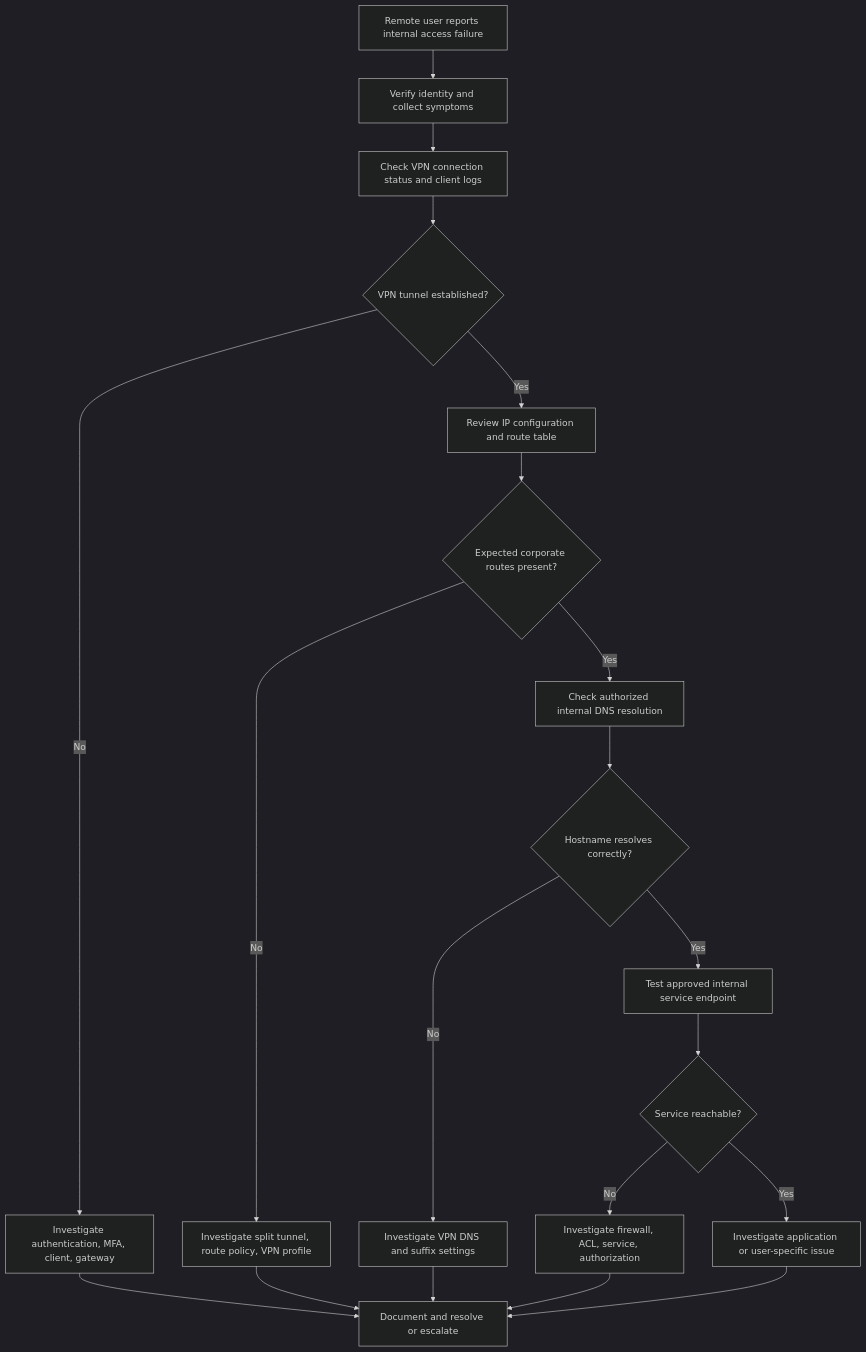
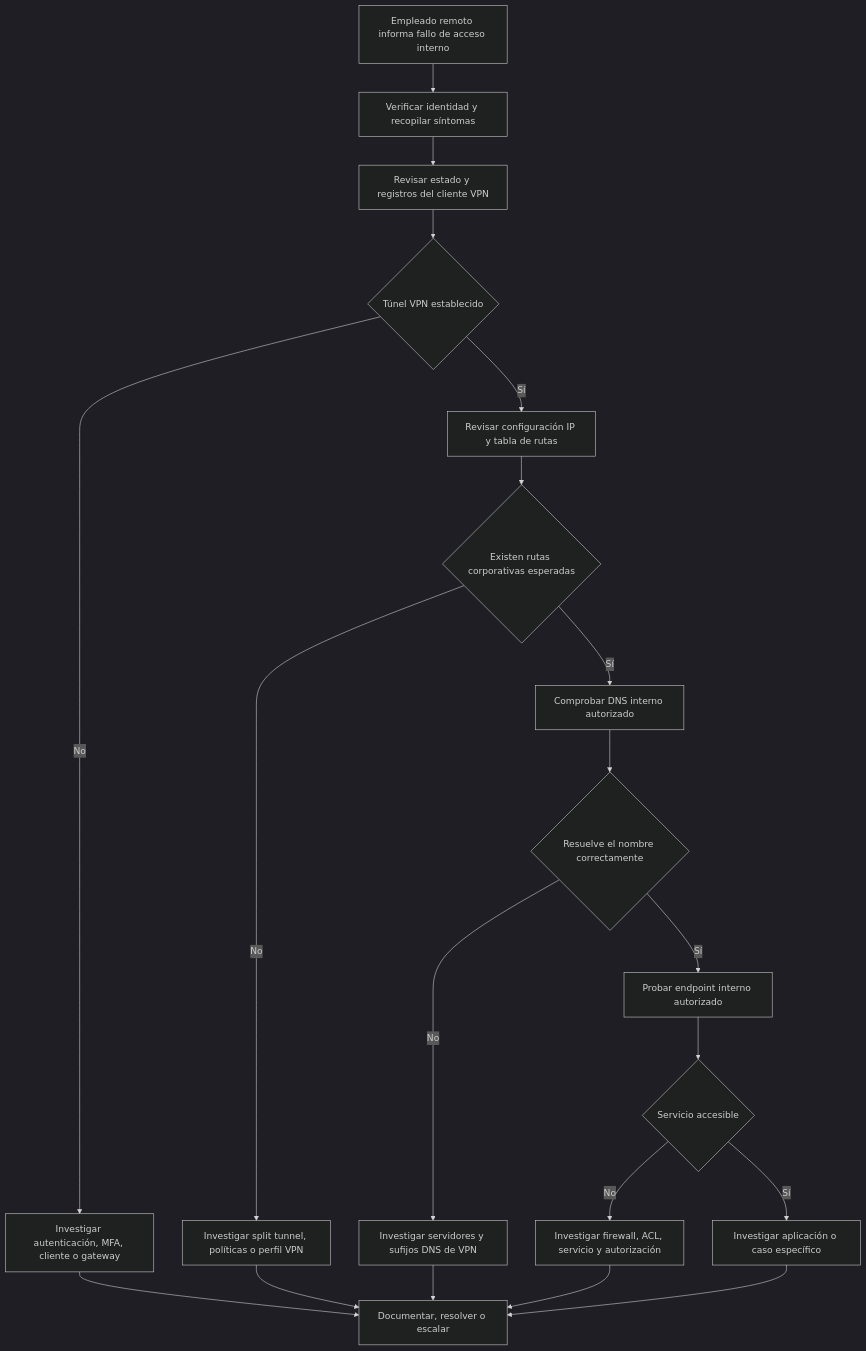
One commit to fefemora/it-portfolio-es changed the diagram in IT-Support/Service-Desk-Incident-Management/incidents/INC-004-VPN-Connectivity.md. Above: the diagram before and after it, drawn with Mermaid (dark theme). The commit also changed other lines of this file, not shown here.

Commit message:
docs(es): translate VPN connectivity simulated case and Mermaid workflow

````diff
--- a/IT-Support/Service-Desk-Incident-Management/incidents/INC-004-VPN-Connectivity.md
+++ b/IT-Support/Service-Desk-Incident-Management/incidents/INC-004-VPN-Connectivity.md
@@ -47,22 +47,22 @@
 ```mermaid
 flowchart TD
-    A[Remote user reports internal access failure] --> B[Verify identity and collect symptoms]
-    B --> C[Check VPN connection status and client logs]
-    C --> D{VPN tunnel established?}
-    D -->|No| E[Investigate authentication, MFA, client, gateway]
-    D -->|Yes| F[Review IP configuration and route table]
-    F --> G{Expected corporate routes present?}
-    G -->|No| H[Investigate split tunnel, route policy, VPN profile]
-    G -->|Yes| I[Check authorized internal DNS resolution]
-    I --> J{Hostname resolves correctly?}
-    J -->|No| K[Investigate VPN DNS and suffix settings]
-    J -->|Yes| L[Test approved internal service endpoint]
-    L --> M{Service reachable?}
-    M -->|No| N[Investigate firewall, ACL, service, authorization]
-    M -->|Yes| O[Investigate application or user-specific issue]
-    E --> P[Document and resolve or escalate]
+    A[Empleado remoto informa fallo de acceso interno] --> B[Verificar identidad y recopilar síntomas]
+    B --> C[Revisar estado y registros del cliente VPN]
+    C --> D{Túnel VPN establecido}
+    D -->|No| E[Investigar autenticación, MFA, cliente o gateway]
+    D -->|Sí| F[Revisar configuración IP y tabla de rutas]
+    F --> G{Existen rutas corporativas esperadas}
+    G -->|No| H[Investigar split tunnel, políticas o perfil VPN]
+    G -->|Sí| I[Comprobar DNS interno autorizado]
+    I --> J{Resuelve el nombre correctamente}
+    J -->|No| K[Investigar servidores y sufijos DNS de VPN]
+    J -->|Sí| L[Probar endpoint interno autorizado]
+    L --> M{Servicio accesible}
+    M -->|No| N[Investigar firewall, ACL, servicio y autorización]
+    M -->|Sí| O[Investigar aplicación o caso específico]
+    E --> P[Documentar, resolver o escalar]
     H --> P
     K --> P
     N --> P
     O --> P
 ```
````
